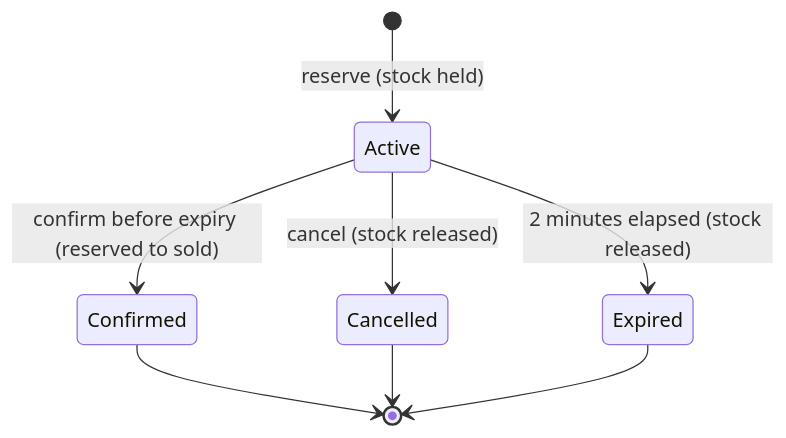
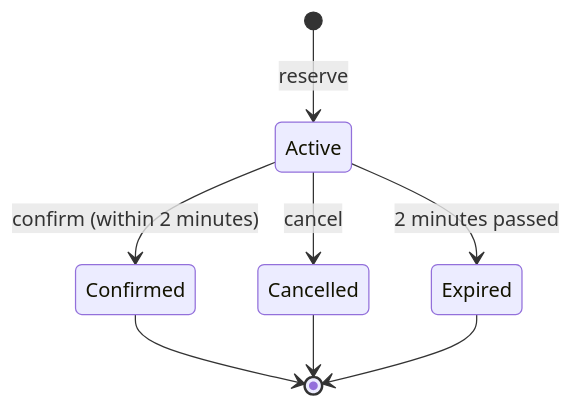
The diagram in README.md (nisharafic001/InventoryReservationSystem), drawn with Mermaid before and after one commit. The commit also changed other lines of this file and 12 other files, not shown here.

````diff
--- a/README.md
+++ b/README.md
@@ -174,10 +174,10 @@
 ```mermaid
 stateDiagram-v2
-    [*] --> Active : reserve (stock held)
-    Active --> Confirmed : confirm before expiry (reserved to sold)
-    Active --> Cancelled : cancel (stock released)
-    Active --> Expired : 2 minutes elapsed (stock released)
+    [*] --> Active : reserve
+    Active --> Confirmed : confirm (within 2 minutes)
+    Active --> Cancelled : cancel
+    Active --> Expired : 2 minutes passed
     Confirmed --> [*]
     Cancelled --> [*]
     Expired --> [*]
 ```
````
